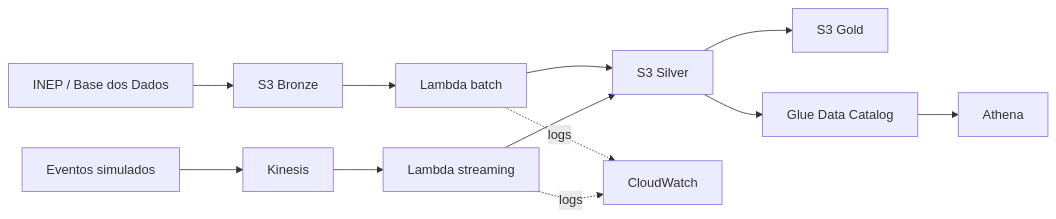
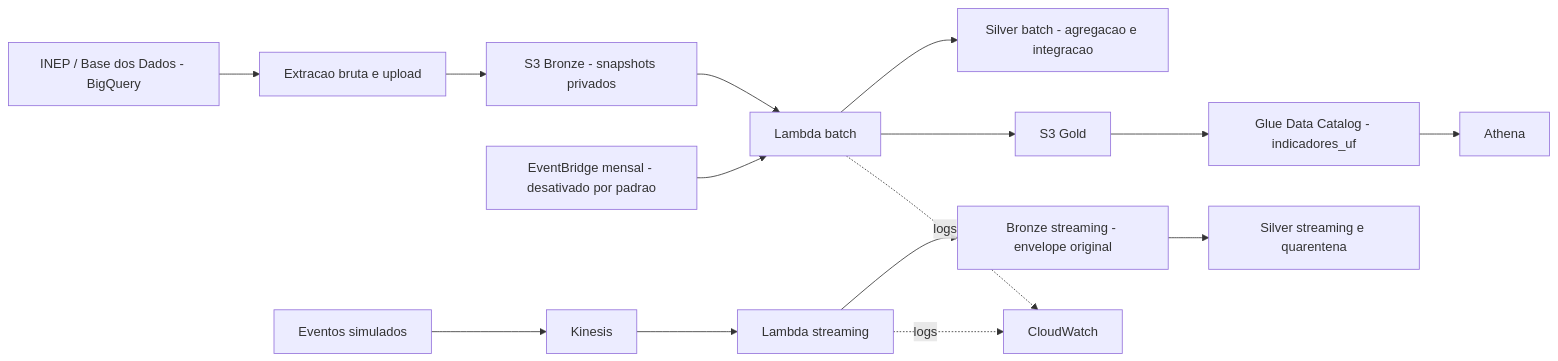
The diagram in README.md (menilsonmatos/fiap-tech-challenge-fase2-4.), drawn with Mermaid before and after one commit. The commit also changed other lines of this file and 26 other files, not shown here.

Commit message:
Adequa Bronze bruta historica e requisitos obrigatorios

````diff
--- a/README.md
+++ b/README.md
@@ -17,10 +25,14 @@
 ```mermaid
 flowchart LR
-  BD[INEP / Base dos Dados] --> B[S3 Bronze]
-  B --> LB[Lambda batch] --> S[S3 Silver]
-  S --> G[S3 Gold]
-  EV[Eventos simulados] --> K[Kinesis] --> LS[Lambda streaming] --> S
-  S --> GC[Glue Data Catalog] --> A[Athena]
+  BD[INEP / Base dos Dados - BigQuery] --> EX[Extracao bruta e upload]
+  EX --> B[S3 Bronze - snapshots privados]
+  M[EventBridge mensal - desativado por padrao] --> LB[Lambda batch]
+  B --> LB --> S[Silver batch - agregacao e integracao]
+  LB --> G[S3 Gold]
+  EV[Eventos simulados] --> K[Kinesis] --> LS[Lambda streaming]
+  LS --> BS[Bronze streaming - envelope original]
+  BS --> SS[Silver streaming e quarentena]
+  G --> GC[Glue Data Catalog - indicadores_uf] --> A[Athena]
   LB -. logs .-> CW[CloudWatch]
   LS -. logs .-> CW
 ```
````
